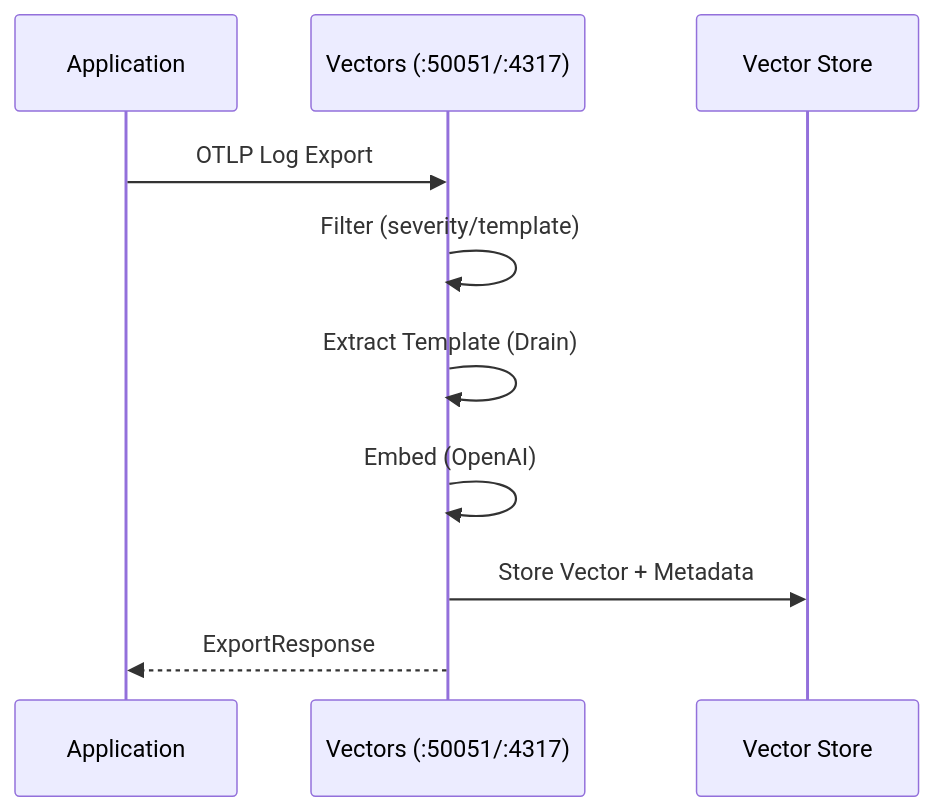
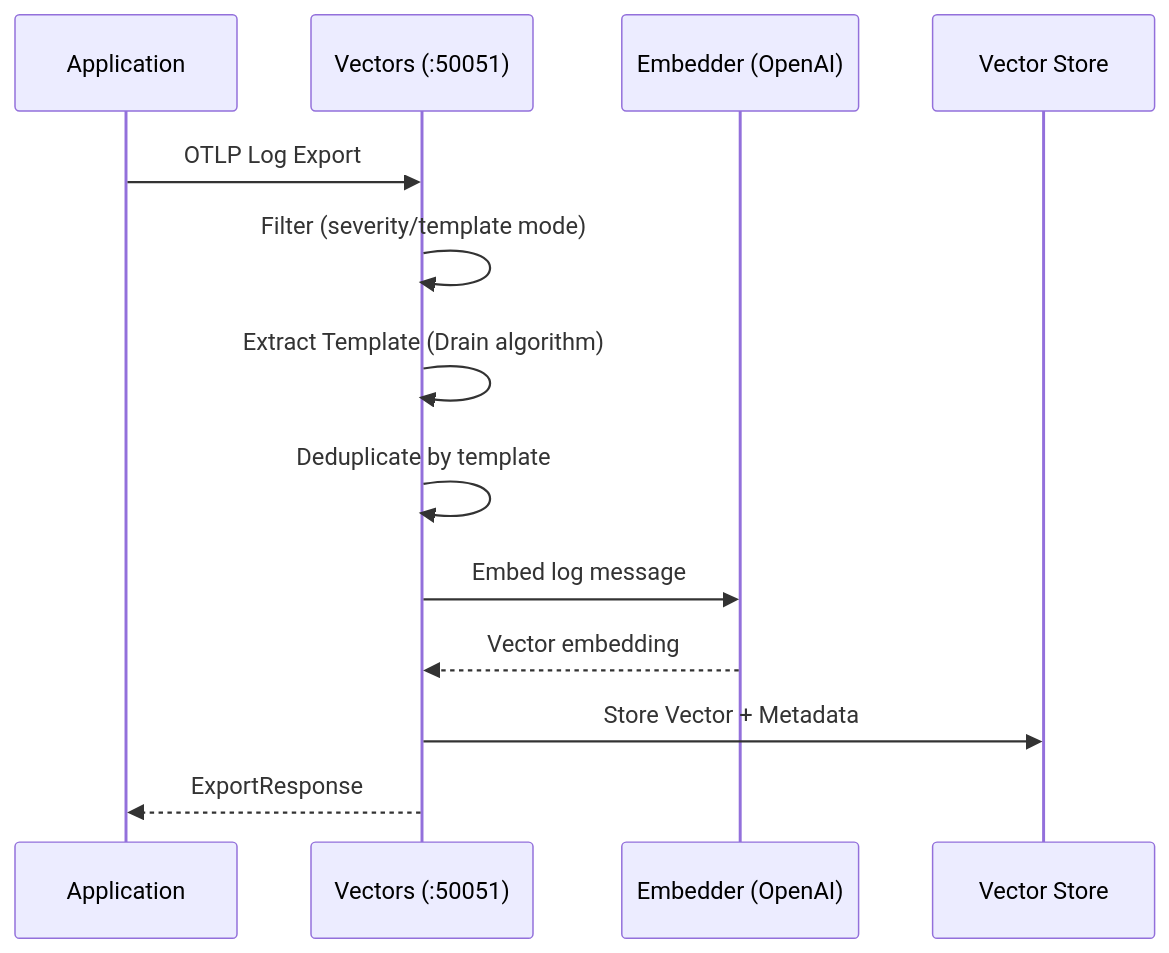
One commit to serengeti-sh/meerkat changed the third of 4 diagrams in README.md. Above: the diagram before and after it, drawn with Mermaid. The commit also changed other lines of this file, not shown here.

First line of the commit message:
docs: update README with accurate architecture and flows

````diff
--- a/README.md
+++ b/README.md
@@ -42,13 +74,16 @@
 ```mermaid
 sequenceDiagram
     participant App as Application
-    participant Vectors as Vectors (:50051/:4317)
-    participant VS as Vector Store
+    participant Vectors as Vectors (:50051)
+    participant Embedder as Embedder (OpenAI)
+    participant VectorDB as Vector Store
 
     App->>Vectors: OTLP Log Export
-    Vectors->>Vectors: Filter (severity/template)
-    Vectors->>Vectors: Extract Template (Drain)
-    Vectors->>Vectors: Embed (OpenAI)
-    Vectors->>VS: Store Vector + Metadata
+    Vectors->>Vectors: Filter (severity/template mode)
+    Vectors->>Vectors: Extract Template (Drain algorithm)
+    Vectors->>Vectors: Deduplicate by template
+    Vectors->>Embedder: Embed log message
+    Embedder-->>Vectors: Vector embedding
+    Vectors->>VectorDB: Store Vector + Metadata
     Vectors-->>App: ExportResponse
 ```
````
